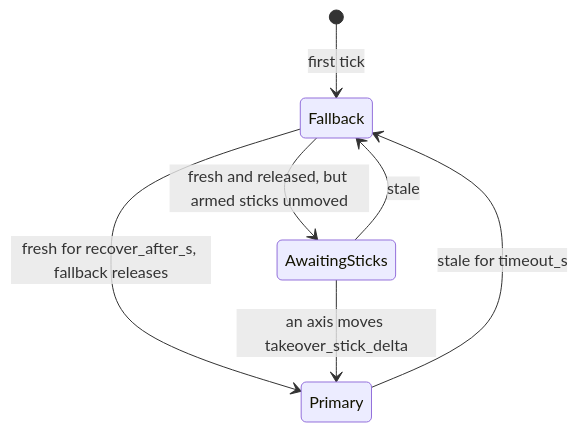
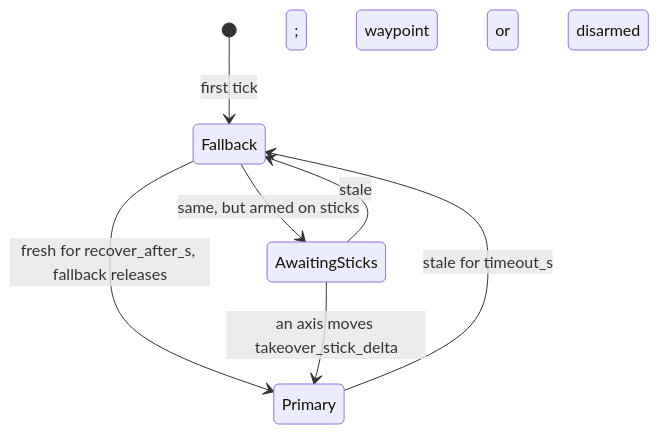
The fourth of 4 diagrams in architecture.md (wboayue/stable-flight), drawn with Mermaid before and after one commit. The commit also changed other lines of this file and 1 other file, not shown here.

Commit message:
Docs diagrams: review fixes

````diff
--- a/architecture.md
+++ b/architecture.md
@@ -286,9 +286,9 @@
 ```mermaid
 stateDiagram-v2
     [*] --> Fallback: first tick
     Primary --> Fallback: stale for timeout_s
-    Fallback --> Primary: fresh for recover_after_s, fallback releases
-    Fallback --> AwaitingSticks: fresh and released, but armed sticks unmoved
+    Fallback --> Primary: fresh for recover_after_s, fallback releases; waypoint or disarmed
+    Fallback --> AwaitingSticks: same, but armed on sticks
     AwaitingSticks --> Primary: an axis moves takeover_stick_delta
     AwaitingSticks --> Fallback: stale
 ```
````
